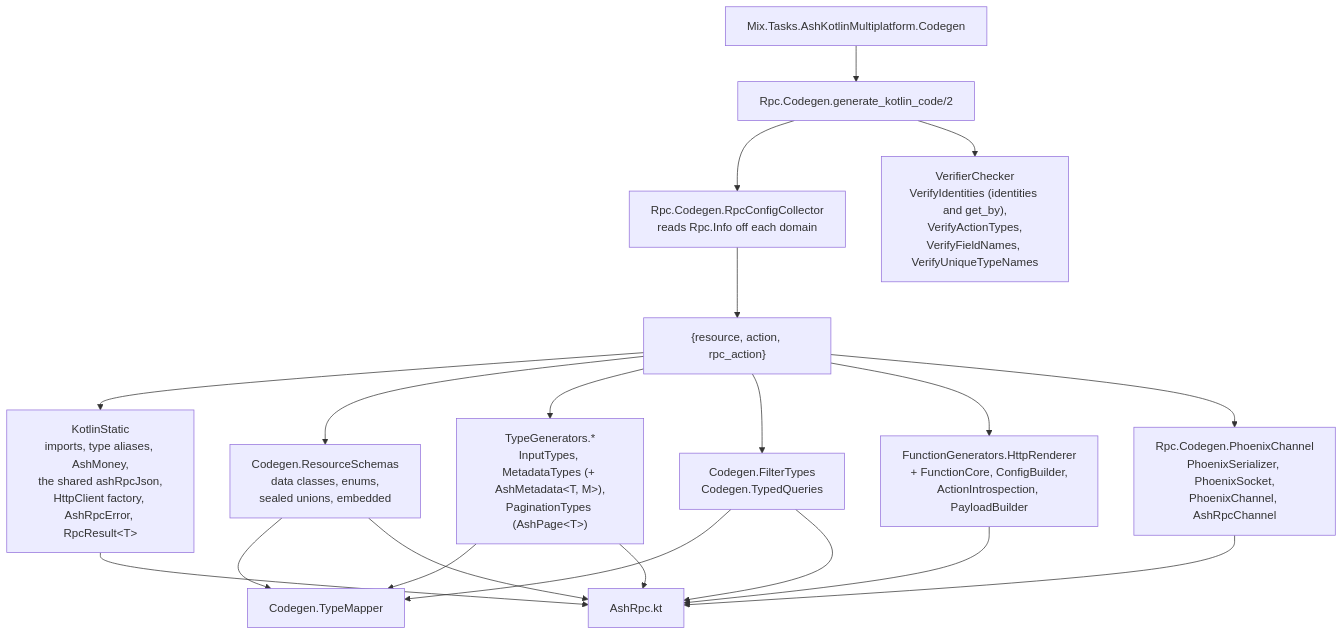
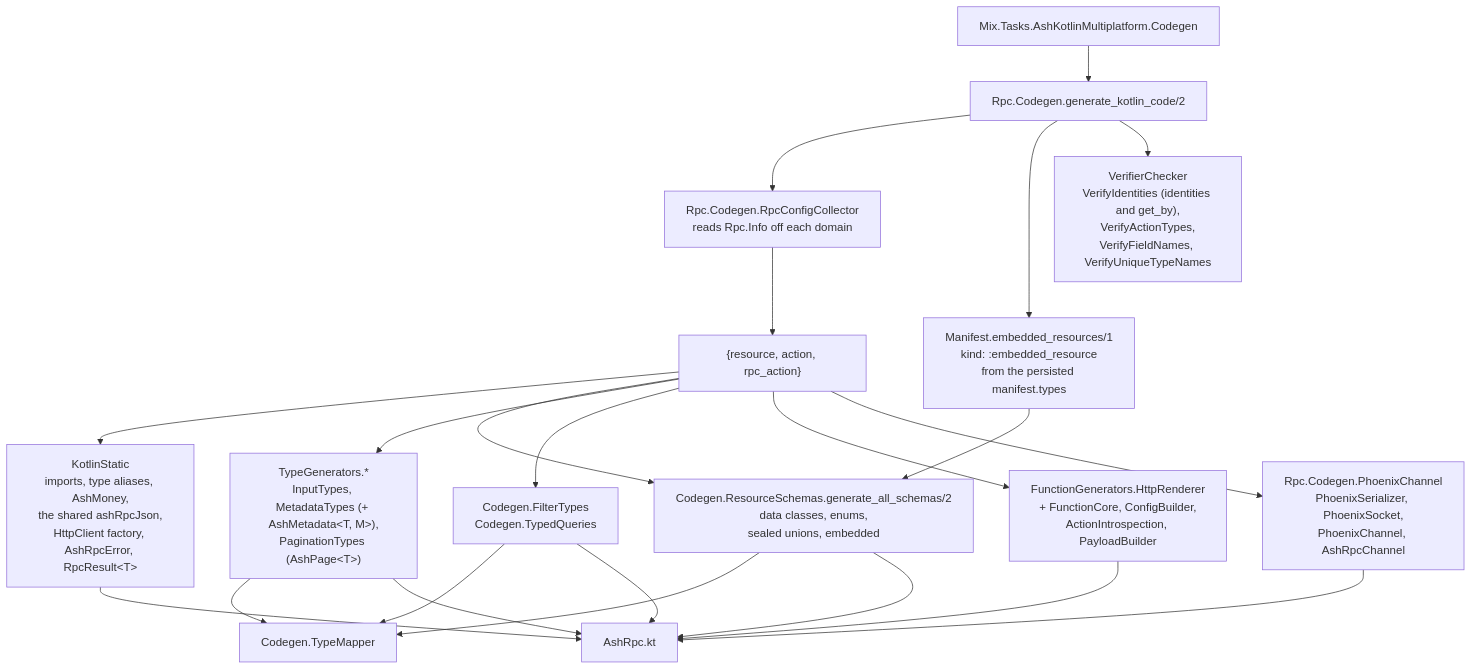
The third of 5 diagrams in docs/architecture.md (udin-io/ash_kotlin_multiplatform), drawn with Mermaid before and after one commit. The commit also changed other lines of this file and 37 other files, not shown here.

First line of the commit message:
Codegen reads embedded types from the manifest (#84) (#86)

````diff
--- a/docs/architecture.md
+++ b/docs/architecture.md
@@ -91,27 +93,29 @@
 ```mermaid
 flowchart TD
     task["Mix.Tasks.AshKotlinMultiplatform.Codegen"] --> cg["Rpc.Codegen.generate_kotlin_code/2"]
 
     cg --> coll["Rpc.Codegen.RpcConfigCollector<br/>reads Rpc.Info off each domain"]
+    cg --> emb["Manifest.embedded_resources/1<br/>kind: :embedded_resource<br/>from the persisted manifest.types"]
     cg --> vc["VerifierChecker<br/>VerifyIdentities (identities and get_by),<br/>VerifyActionTypes,<br/>VerifyFieldNames, VerifyUniqueTypeNames"]
 
     coll --> tuples["{resource, action, rpc_action}"]
 
     tuples --> static["KotlinStatic<br/>imports, type aliases, AshMoney,<br/>the shared ashRpcJson,<br/>HttpClient factory, AshRpcError, RpcResult&lt;T&gt;"]
-    tuples --> schemas["Codegen.ResourceSchemas<br/>data classes, enums,<br/>sealed unions, embedded"]
+    tuples --> schemas["Codegen.ResourceSchemas.generate_all_schemas/2<br/>data classes, enums,<br/>sealed unions, embedded"]
+    emb --> schemas
     tuples --> types["TypeGenerators.*<br/>InputTypes, MetadataTypes (+ AshMetadata&lt;T, M&gt;),<br/>PaginationTypes (AshPage&lt;T&gt;)"]
     tuples --> filters["Codegen.FilterTypes<br/>Codegen.TypedQueries"]
     tuples --> fns["FunctionGenerators.HttpRenderer<br/>+ FunctionCore, ConfigBuilder,<br/>ActionIntrospection, PayloadBuilder"]
     tuples --> chan["Rpc.Codegen.PhoenixChannel<br/>PhoenixSerializer, PhoenixSocket,<br/>PhoenixChannel, AshRpcChannel"]
 
     schemas --> tm["Codegen.TypeMapper"]
     types --> tm
     filters --> tm
 
     static --> out["AshRpc.kt"]
     schemas --> out
     types --> out
     filters --> out
     fns --> out
     chan --> out
 ```
````
